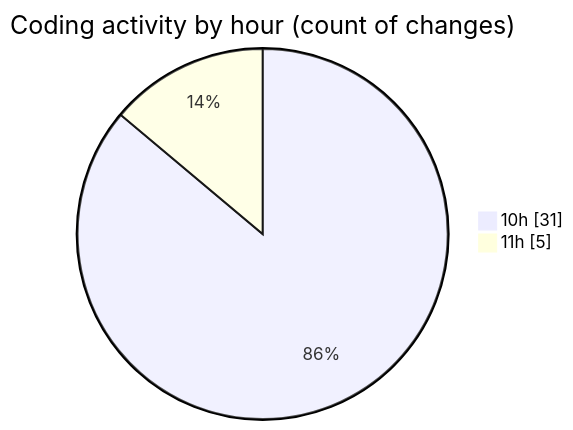
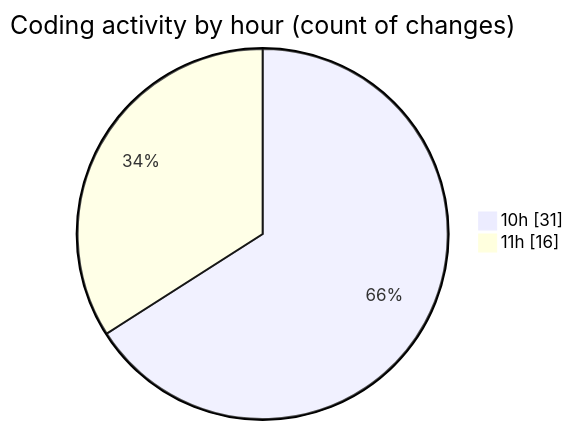
One commit to momahboobian/code-tracking changed the second of 2 diagrams in 2026-03-25/cda/README.md. Above: the diagram before and after it, drawn with Mermaid. The commit also changed other lines of this file and 1 other file, not shown here.

````diff
--- a/2026-03-25/cda/README.md
+++ b/2026-03-25/cda/README.md
@@ -30,6 +30,6 @@
 ```mermaid
 pie showData
 title Coding activity by hour (count of changes)
 "10h" : 31
-"11h" : 5
+"11h" : 16
 ```
````
